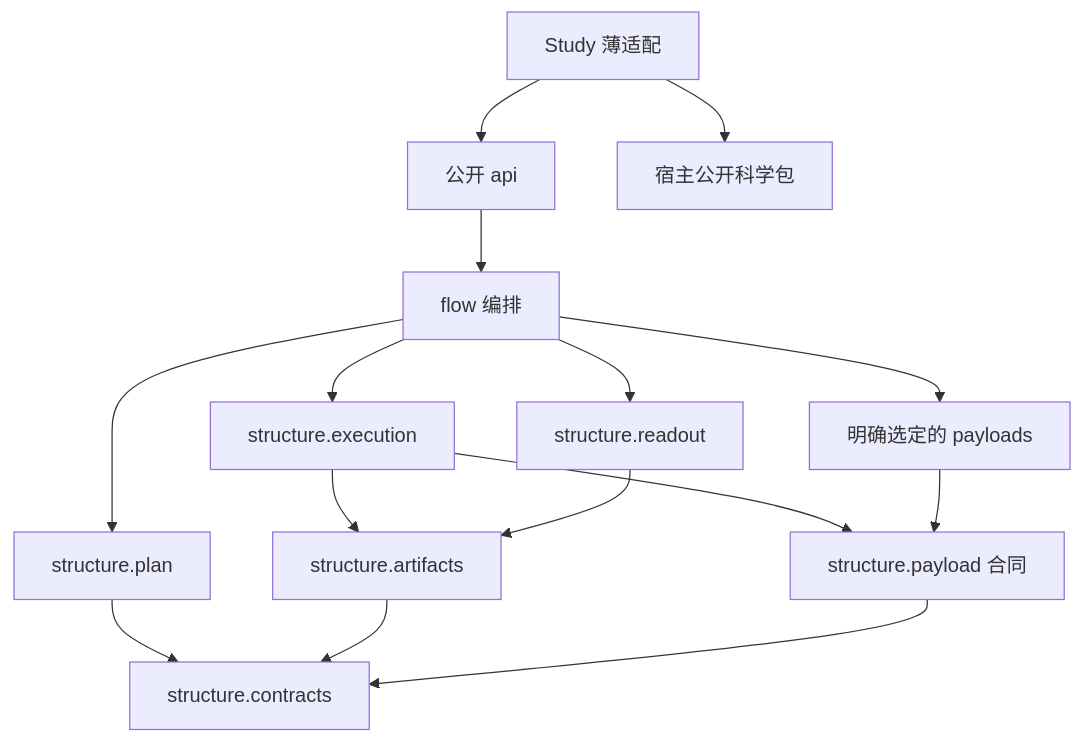
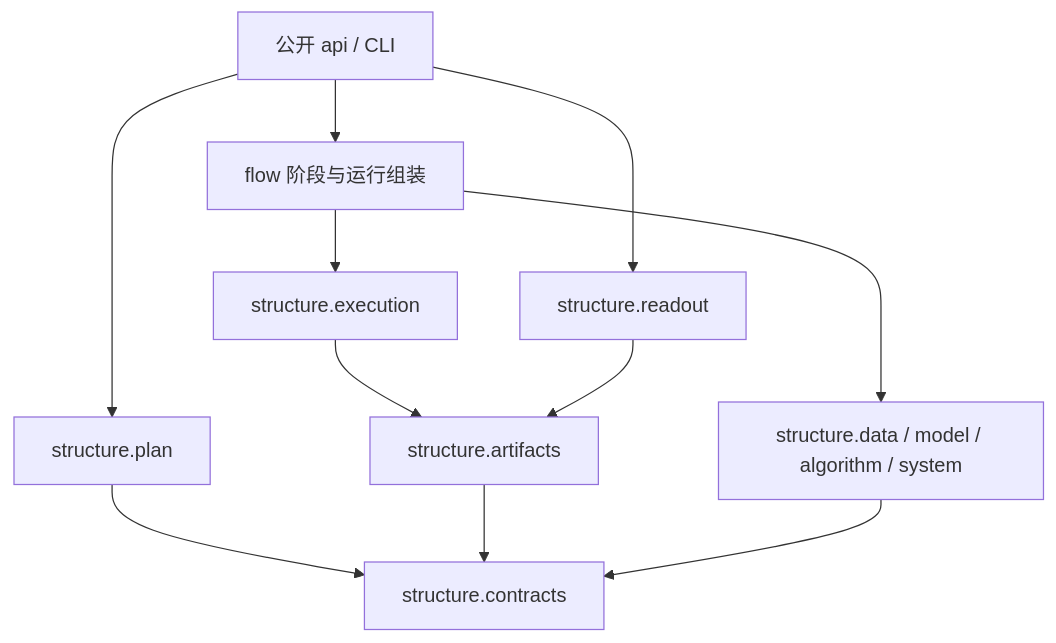
The diagram in docs/研究流水线 代码结构设计.md (DreamSoul-AI/RPipe), drawn with Mermaid before and after one commit. The commit also changed other lines of this file and 143 other files, not shown here.

First line of the commit message:
fix: restore structure and flow architecture boundaries

````diff
--- a/docs/研究流水线 代码结构设计.md
+++ b/docs/研究流水线 代码结构设计.md
@@ -7,17 +16,13 @@
 ```mermaid
 flowchart TD
-    API[公开 api] --> FLOW[flow 编排]
-    FLOW --> PLAN[structure.plan]
+    API[公开 api / CLI] --> FLOW[flow 阶段与运行组装]
+    API --> PLAN[structure.plan]
+    API --> READ[structure.readout]
     FLOW --> EXEC[structure.execution]
-    FLOW --> READ[structure.readout]
-    FLOW --> BACK[明确选定的 payloads]
-    EXEC --> PAY[structure.payload 合同]
-    BACK --> PAY
+    FLOW --> SCI[structure.data / model / algorithm / system]
     EXEC --> ART[structure.artifacts]
     READ --> ART
     PLAN --> C[structure.contracts]
     ART --> C
-    PAY --> C
-    STUDY[Study 薄适配] --> API
-    STUDY --> HOST[宿主公开科学包]
+    SCI --> C
 ```
````
